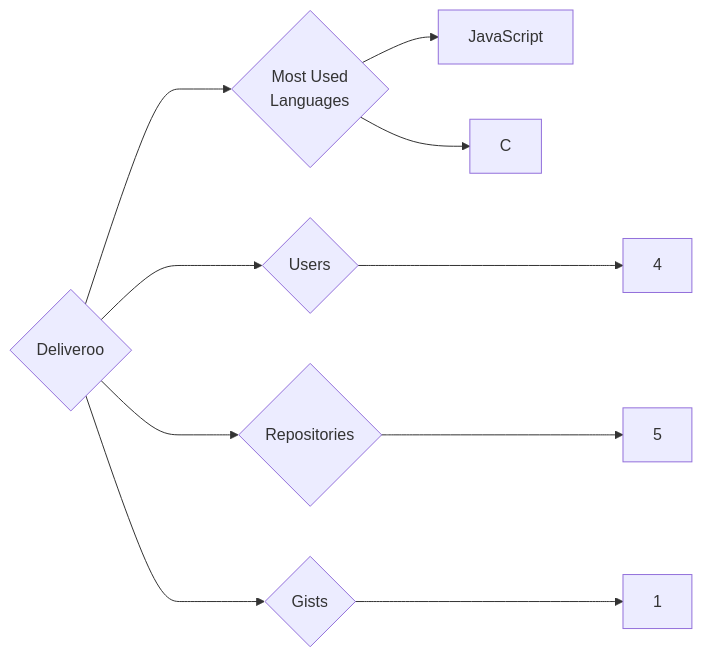
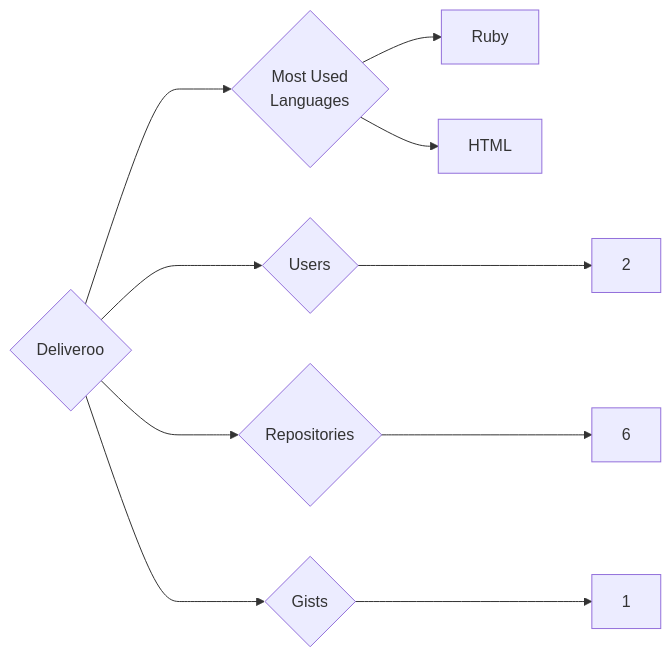
The diagram in targets/Deliveroo/README.md (trickest/insiders), drawn with Mermaid before and after one commit. The commit also changed 1055 other files, not shown here.

````diff
--- a/targets/Deliveroo/README.md
+++ b/targets/Deliveroo/README.md
@@ -3,10 +3,10 @@
 ```mermaid
 graph LR
 COMPANY_NAME{Deliveroo}
-COMPANY_NAME ---> U{Users} ---> UN[4]
-COMPANY_NAME ---> R{Repositories} ---> RN[5]
+COMPANY_NAME ---> U{Users} ---> UN[2]
+COMPANY_NAME ---> R{Repositories} ---> RN[6]
 COMPANY_NAME ---> G{Gists} ---> GN[1]
 COMPANY_NAME ---> ML{Most Used<br>Languages}
-ML --> JavaScript[JavaScript]
-ML --> C[C]
+ML --> Ruby[Ruby]
+ML --> HTML[HTML]
 ```
````
